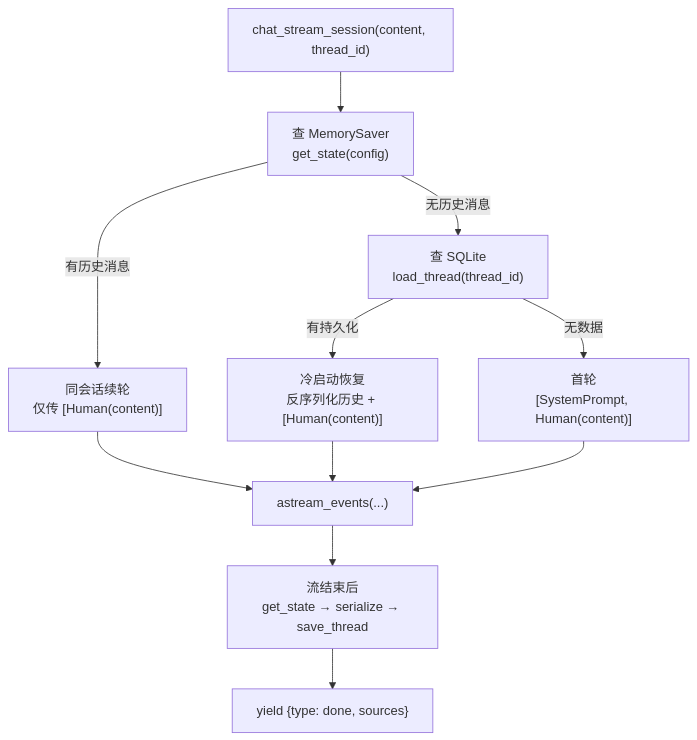
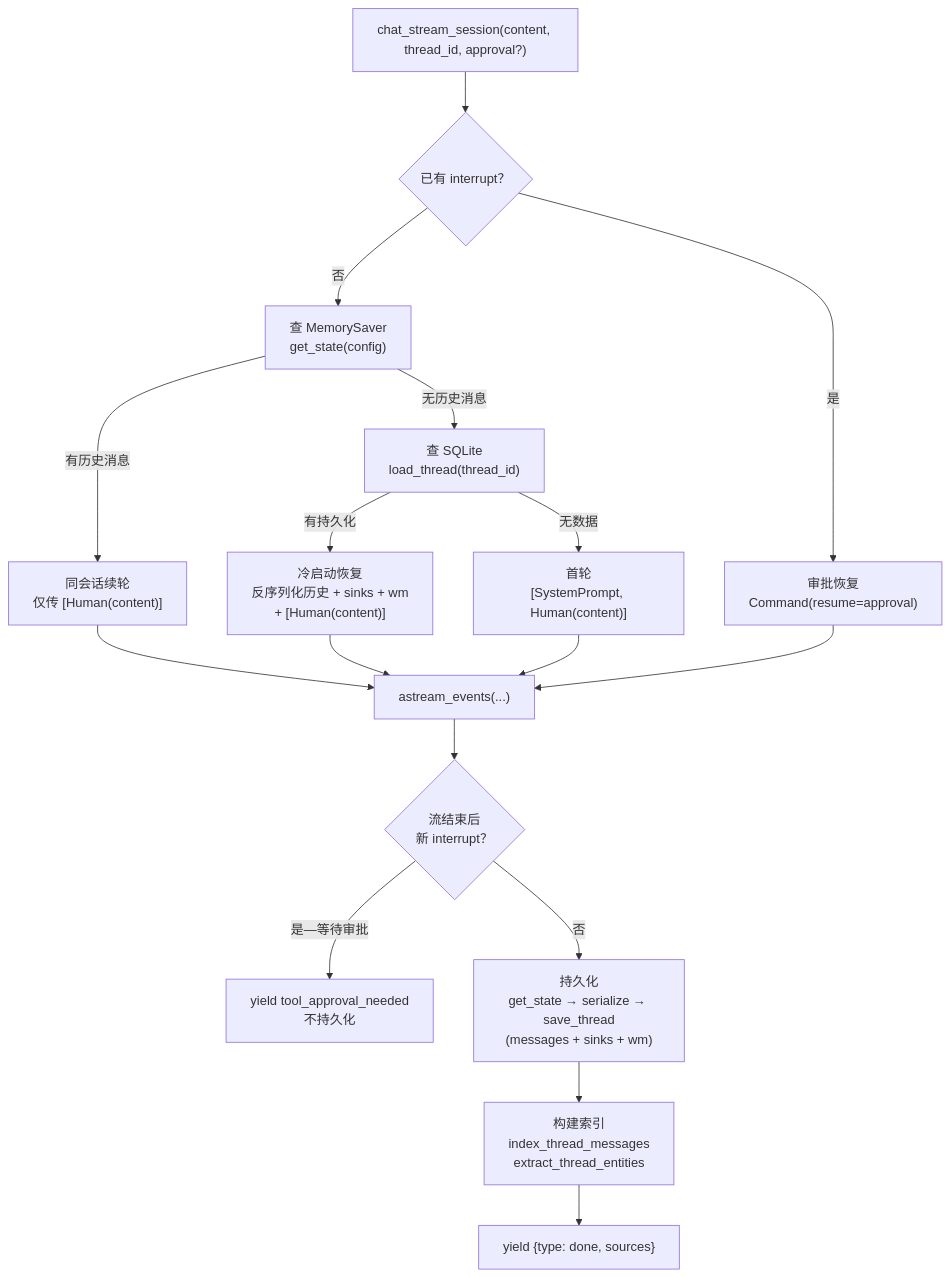
The fourth of 8 diagrams in docs/agent-architecture-diagrams.md (wuLa0702/llm_wiki_selfbuild), drawn with Mermaid before and after one commit. The commit also changed other lines of this file, not shown here.

First line of the commit message:
docs(agent): 架构图更新至 v5 — 四层模块 + WM + Sink + 索引表

````diff
--- a/docs/agent-architecture-diagrams.md
+++ b/docs/agent-architecture-diagrams.md
@@ -273,18 +377,25 @@
 ```mermaid
 flowchart TD
-    START["chat_stream_session(content, thread_id)"]
-    START --> CHECK_MS["查 MemorySaver<br/>get_state(config)"]
-    
+    START["chat_stream_session(content, thread_id, approval?)"]
+    START --> INTERRUPT{"已有 interrupt？"}
+    INTERRUPT -->|"是"| APPROVAL_PATH["审批恢复<br/>Command(resume=approval)"]
+    INTERRUPT -->|"否"| CHECK_MS["查 MemorySaver<br/>get_state(config)"]
+
     CHECK_MS -->|"有历史消息"| IN_SESSION["同会话续轮<br/>仅传 [Human(content)]"]
     CHECK_MS -->|"无历史消息"| CHECK_SQLITE["查 SQLite<br/>load_thread(thread_id)"]
-    
-    CHECK_SQLITE -->|"有持久化"| COLD_START["冷启动恢复<br/>反序列化历史 + [Human(content)]"]
+
+    CHECK_SQLITE -->|"有持久化"| COLD_START["冷启动恢复<br/>反序列化历史 + sinks + wm<br/>+ [Human(content)]"]
     CHECK_SQLITE -->|"无数据"| FIRST_TURN["首轮<br/>[SystemPrompt, Human(content)]"]
-    
+
     IN_SESSION --> STREAM["astream_events(...)"]
     COLD_START --> STREAM
     FIRST_TURN --> STREAM
-    
-    STREAM --> SAVE["流结束后<br/>get_state → serialize → save_thread"]
-    SAVE --> DONE["yield {type: done, sources}"]
+    APPROVAL_PATH --> STREAM
+
+    STREAM --> CHECK_INTERRUPT{"流结束后<br/>新 interrupt？"}
+    CHECK_INTERRUPT -->|"是—等待审批"| DONE_APPROVAL["yield tool_approval_needed<br/>不持久化"]
+    CHECK_INTERRUPT -->|"否"| SAVE["持久化<br/>get_state → serialize → save_thread<br/>(messages + sinks + wm)"]
+
+    SAVE --> INDEX["构建索引<br/>index_thread_messages<br/>extract_thread_entities"]
+    INDEX --> DONE["yield {type: done, sources}"]
 ```
````
